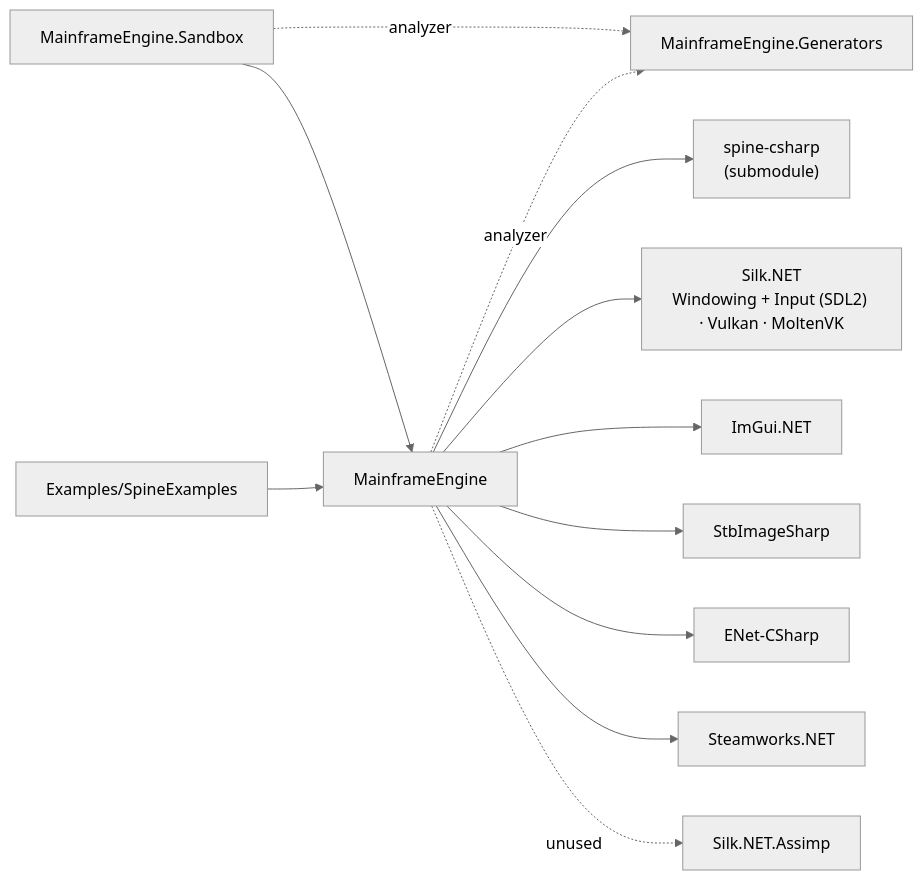
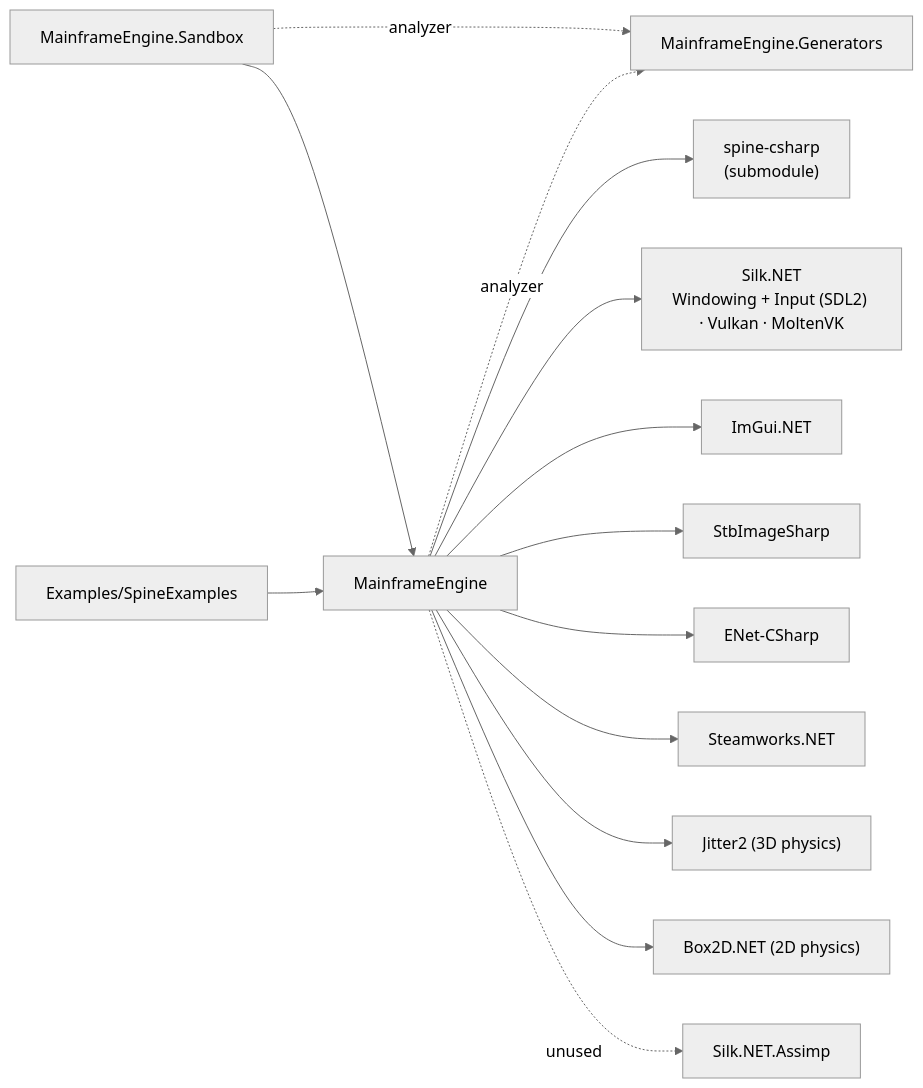
The diagram in docs/design/architecture-overview.md (Mainframe-Games/mainframe-engine), drawn with Mermaid (neutral theme) before and after one commit. The commit also changed other lines of this file and 18 other files, not shown here.

````diff
--- a/docs/design/architecture-overview.md
+++ b/docs/design/architecture-overview.md
@@ -47,14 +47,16 @@
 ```mermaid
 flowchart LR
     Sandbox["MainframeEngine.Sandbox"] --> Engine["MainframeEngine"]
     Sandbox -. analyzer .-> Gen["MainframeEngine.Generators"]
     Engine -. analyzer .-> Gen
     SpineEx["Examples/SpineExamples"] --> Engine
     Engine --> SpineRT["spine-csharp<br/>(submodule)"]
     Engine --> Silk["Silk.NET<br/>Windowing + Input (SDL2) · Vulkan · MoltenVK"]
     Engine --> ImGui["ImGui.NET"]
     Engine --> Stb["StbImageSharp"]
     Engine --> ENet["ENet-CSharp"]
     Engine --> Steam["Steamworks.NET"]
+    Engine --> Jitter["Jitter2 (3D physics)"]
+    Engine --> Box2D["Box2D.NET (2D physics)"]
     Engine -. unused .-> Assimp["Silk.NET.Assimp"]
 ```
````
